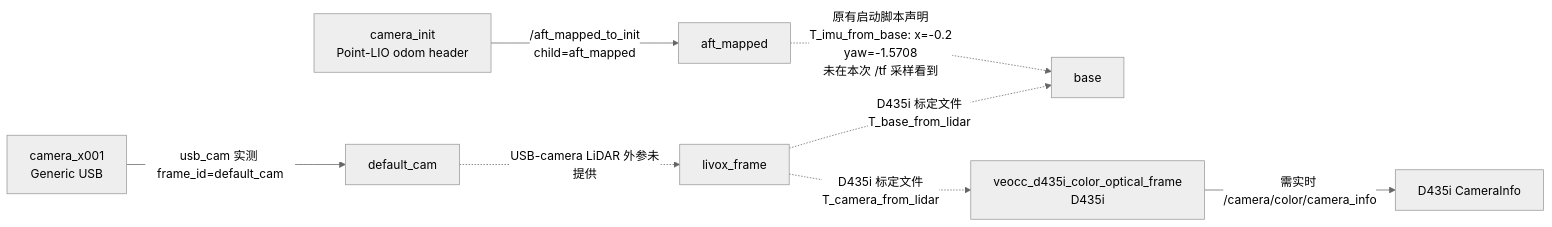
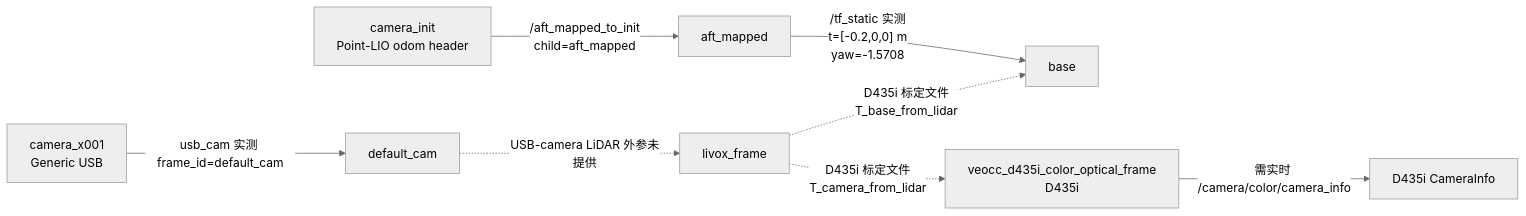
The diagram in docs/real_robot_tf_graph.md (Suhao07/HuaWeiNav), drawn with Mermaid (neutral theme) before and after one commit. The commit also changed other lines of this file and 3 other files, not shown here.

Commit message:
fix(realworld): validate 1080p mjpeg and live tf graph

````diff
--- a/docs/real_robot_tf_graph.md
+++ b/docs/real_robot_tf_graph.md
@@ -8,10 +8,10 @@
 ```mermaid
 flowchart LR
     CI["camera_init\nPoint-LIO odom header"] -->|"/aft_mapped_to_init\nchild=aft_mapped"| AM[aft_mapped]
-    AM -.->|"原有启动脚本声明\nT_imu_from_base: x=-0.2\nyaw=-1.5708\n未在本次 /tf 采样看到"| B[base]
+    AM -->|"/tf_static 实测\nt=[-0.2,0,0] m\nyaw=-1.5708"| B[base]
     L[livox_frame] -.->|"D435i 标定文件\nT_camera_from_lidar"| D["veocc_d435i_color_optical_frame\nD435i"]
     L -.->|"D435i 标定文件\nT_base_from_lidar"| B
     U["camera_x001\nGeneric USB"] -->|"usb_cam 实测 frame_id=default_cam"| UC[default_cam]
     UC -.->|"USB-camera LiDAR 外参未提供"| L
     D -->|"需实时 /camera/color/camera_info"| DI[D435i CameraInfo]
 ```
````
